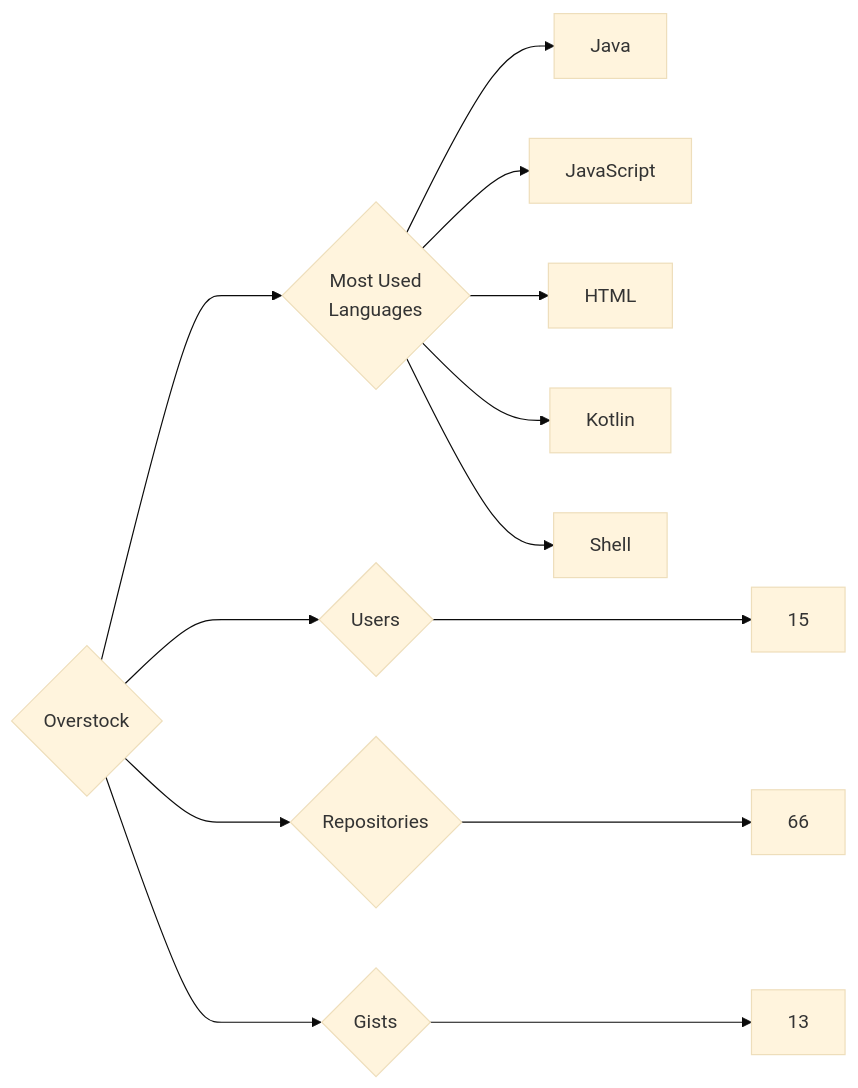
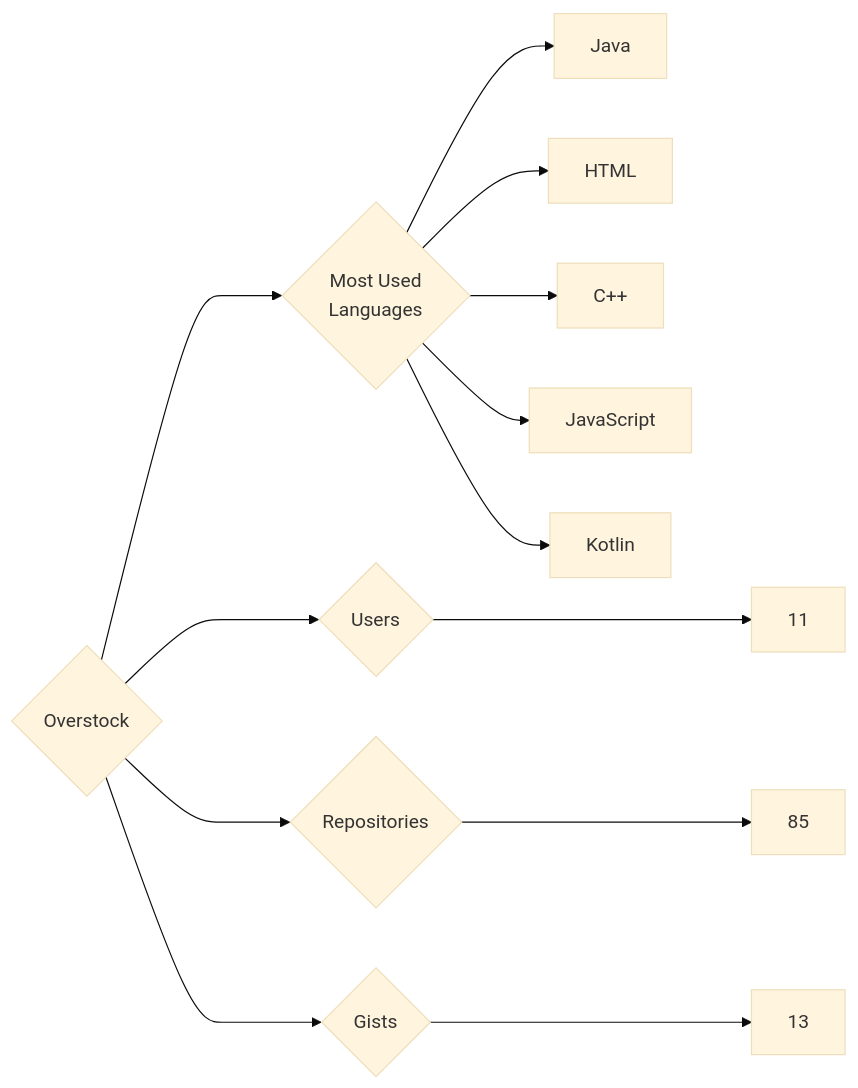
Before and after one commit to trickest/insiders: the diagram in targets/Overstock/README.md, drawn with Mermaid (base theme). The commit also changed 1484 other files, not shown here.

````diff
--- a/targets/Overstock/README.md
+++ b/targets/Overstock/README.md
@@ -3,13 +3,13 @@
 ```mermaid
 graph LR
 COMPANY_NAME{Overstock}
-COMPANY_NAME ---> U{Users} ---> UN[15]
-COMPANY_NAME ---> R{Repositories} ---> RN[66]
+COMPANY_NAME ---> U{Users} ---> UN[11]
+COMPANY_NAME ---> R{Repositories} ---> RN[85]
 COMPANY_NAME ---> G{Gists} ---> GN[13]
 COMPANY_NAME ---> ML{Most Used<br>Languages}
 ML --> Java[Java]
+ML --> HTML[HTML]
+ML --> C++[C++]
 ML --> JavaScript[JavaScript]
-ML --> HTML[HTML]
 ML --> Kotlin[Kotlin]
-ML --> Shell[Shell]
 ```
````
